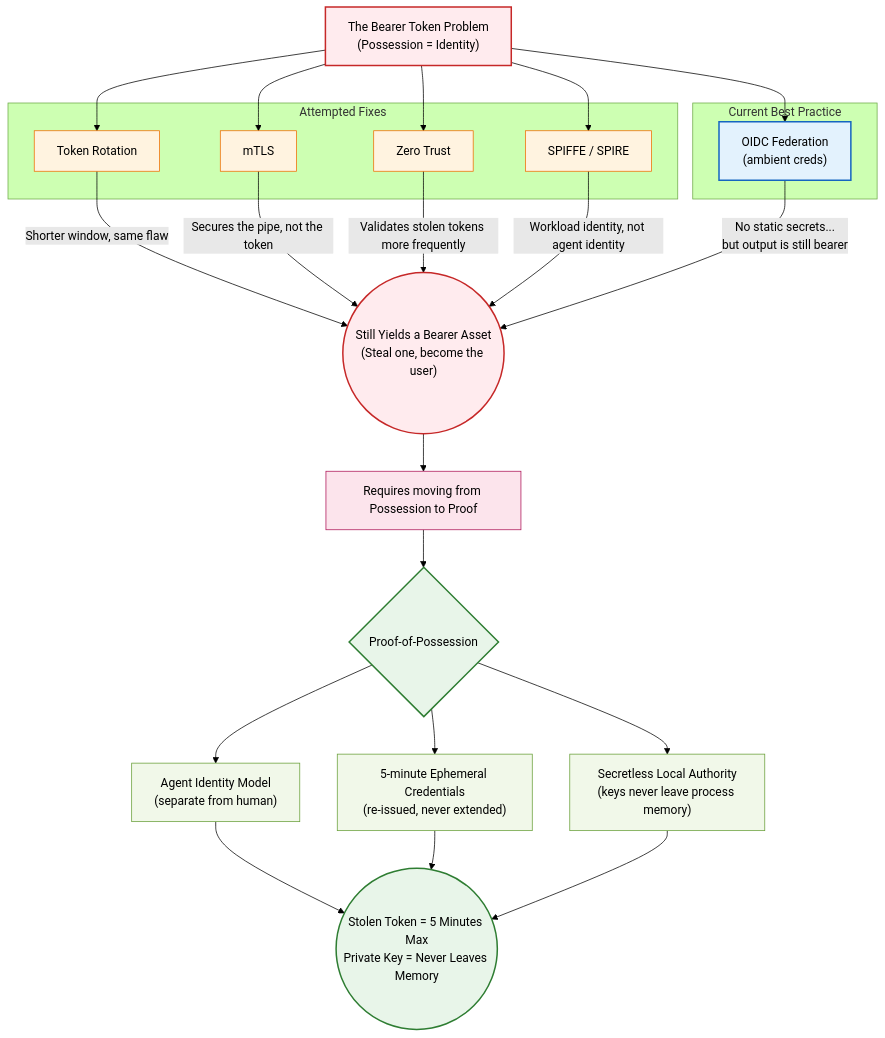
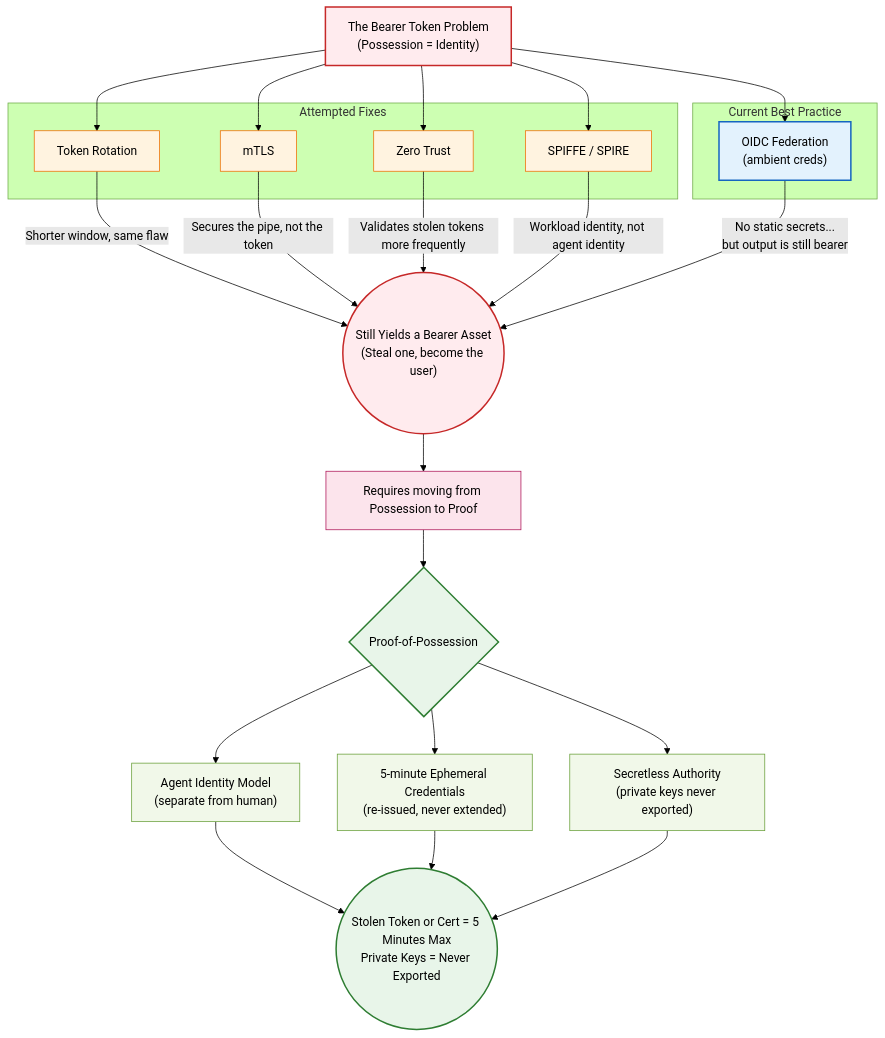
One commit to agentic-research/notme changed the first of 3 diagrams in README.md. Above: the diagram before and after it, drawn with Mermaid (forest theme). The commit also changed other lines of this file and 1 other file, not shown here.

````diff
--- a/README.md
+++ b/README.md
@@ -22,44 +22,44 @@
 ```mermaid
 graph TD
     classDef rootProblem fill:#ffebee,stroke:#c62828,stroke-width:2px,color:#000
     classDef bandAid fill:#fff3e0,stroke:#ef6c00,stroke-width:1px,color:#000
     classDef current fill:#e3f2fd,stroke:#1565c0,stroke-width:2px,color:#000
     classDef signet fill:#e8f5e9,stroke:#2e7d32,stroke-width:2px,color:#000
     classDef feature fill:#f1f8e9,stroke:#689f38,stroke-width:1px,color:#000
     classDef bridge fill:#fce4ec,stroke:#ad1457,stroke-width:1px,color:#000
 
     Root["The Bearer Token Problem<br/>(Possession = Identity)"]:::rootProblem
 
     subgraph StatusQuo ["Attempted Fixes"]
         TR["Token Rotation"]:::bandAid
         mTLS["mTLS"]:::bandAid
         ZT["Zero Trust"]:::bandAid
         SPIFFE["SPIFFE / SPIRE"]:::bandAid
     end
 
     subgraph Current ["Current Best Practice"]
         OIDC["OIDC Federation<br/>(ambient creds)"]:::current
     end
 
     Root --> TR & mTLS & ZT & SPIFFE
     Root --> OIDC
 
     TR -->|"Shorter window, same flaw"| Vuln
     mTLS -->|"Secures the pipe, not the token"| Vuln
     ZT -->|"Validates stolen tokens more frequently"| Vuln
     SPIFFE -->|"Workload identity, not agent identity"| Vuln
     OIDC -->|"No static secrets...<br/>but output is still bearer"| Vuln
 
     Vuln(("Still Yields a Bearer Asset<br/>(Steal one, become the user)")):::rootProblem
 
     Vuln --> Bridge["Requires moving from Possession to Proof"]:::bridge
     Bridge --> Signet
 
     Signet{"Proof-of-Possession"}:::signet
 
     Signet --> F1["Agent Identity Model<br/>(separate from human)"]:::feature
     Signet --> F2["5-minute Ephemeral Credentials<br/>(re-issued, never extended)"]:::feature
-    Signet --> F3["Secretless Local Authority<br/>(keys never leave process memory)"]:::feature
+    Signet --> F3["Secretless Authority<br/>(private keys never exported)"]:::feature
 
-    F1 & F2 & F3 --> End((Stolen Token = 5 Minutes Max<br/>Private Key = Never Leaves Memory)):::signet
+    F1 & F2 & F3 --> End((Stolen Token or Cert = 5 Minutes Max<br/>Private Keys = Never Exported)):::signet
 ```
````
